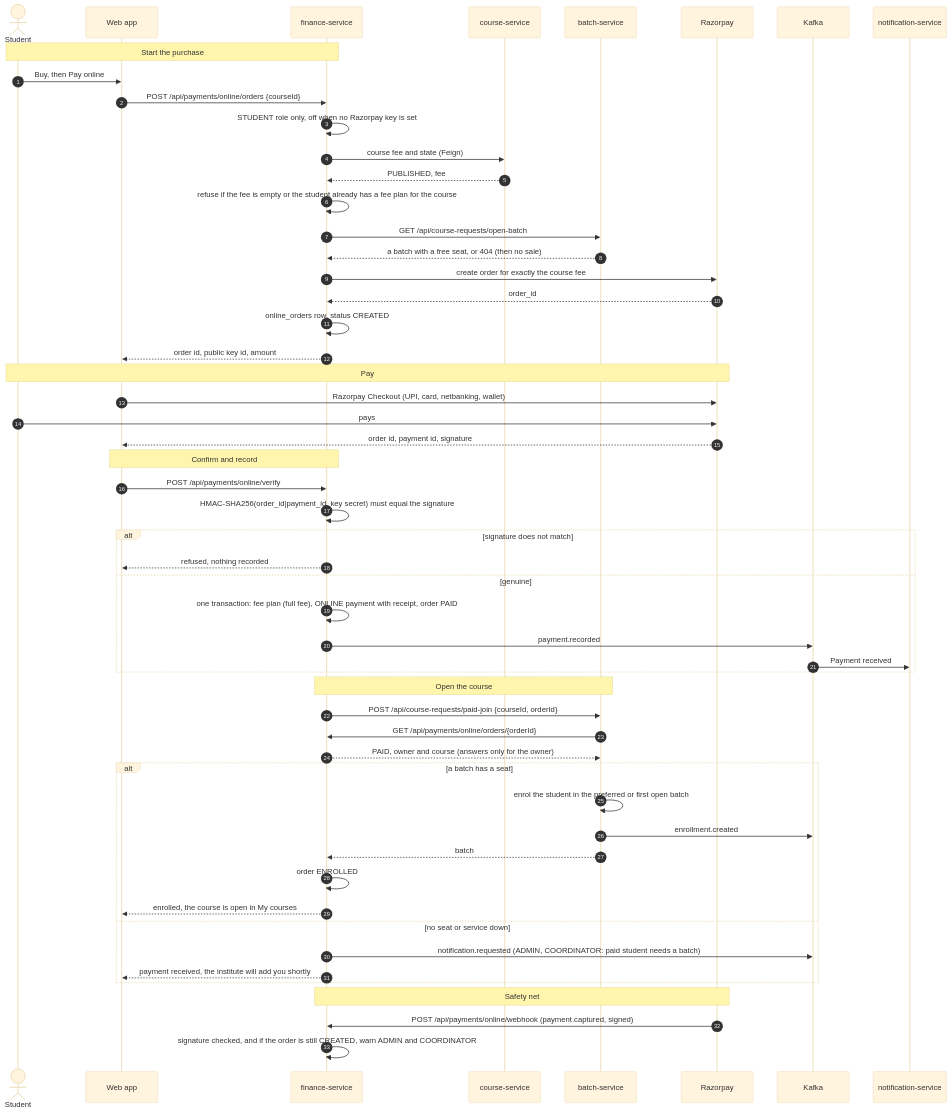
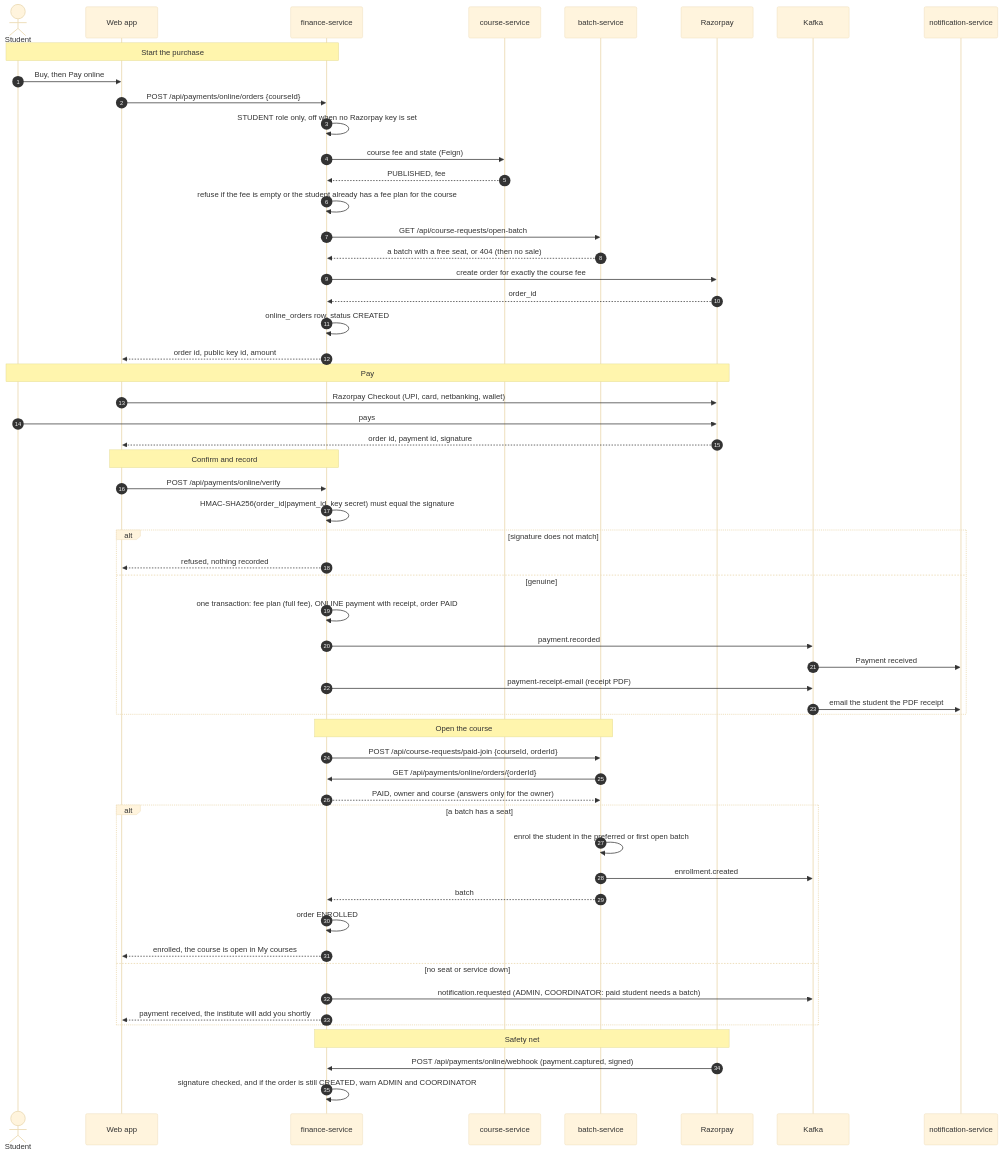
One commit to rohanrk2810/ITLMS changed the diagram in docs/diagrams/flows/43-online-course-payment.mmd. Above: the diagram before and after it, drawn with Mermaid (base theme). The commit also changed 35 other files, not shown here.

Commit message:
Fees: the receipt is a PDF with the institute logo watermark, full address and contact, emailed to the student after every payment and downloadable from the portal

```diff
--- a/docs/diagrams/flows/43-online-course-payment.mmd
+++ b/docs/diagrams/flows/43-online-course-payment.mmd
@@ -1,59 +1,61 @@
 sequenceDiagram
     autonumber
     actor S as Student
     participant FE as Web app
     participant FN as finance-service
     participant CR as course-service
     participant BA as batch-service
     participant RZ as Razorpay
     participant K as Kafka
     participant NO as notification-service
 
     Note over S,FN: Start the purchase
     S->>FE: Buy, then Pay online
     FE->>FN: POST /api/payments/online/orders {courseId}
     FN->>FN: STUDENT role only, off when no Razorpay key is set
     FN->>CR: course fee and state (Feign)
     CR-->>FN: PUBLISHED, fee
     FN->>FN: refuse if the fee is empty or the student already has a fee plan for the course
     FN->>BA: GET /api/course-requests/open-batch
     BA-->>FN: a batch with a free seat, or 404 (then no sale)
     FN->>RZ: create order for exactly the course fee
     RZ-->>FN: order_id
     FN->>FN: online_orders row, status CREATED
     FN-->>FE: order id, public key id, amount
 
     Note over S,RZ: Pay
     FE->>RZ: Razorpay Checkout (UPI, card, netbanking, wallet)
     S->>RZ: pays
     RZ-->>FE: order id, payment id, signature
 
     Note over FE,FN: Confirm and record
     FE->>FN: POST /api/payments/online/verify
     FN->>FN: HMAC-SHA256(order_id|payment_id, key secret) must equal the signature
     alt signature does not match
         FN-->>FE: refused, nothing recorded
     else genuine
         FN->>FN: one transaction: fee plan (full fee), ONLINE payment with receipt, order PAID
         FN->>K: payment.recorded
         K->>NO: Payment received
+        FN->>K: payment-receipt-email (receipt PDF)
+        K->>NO: email the student the PDF receipt
     end
 
     Note over FN,BA: Open the course
     FN->>BA: POST /api/course-requests/paid-join {courseId, orderId}
     BA->>FN: GET /api/payments/online/orders/{orderId}
     FN-->>BA: PAID, owner and course (answers only for the owner)
     alt a batch has a seat
         BA->>BA: enrol the student in the preferred or first open batch
         BA->>K: enrollment.created
         BA-->>FN: batch
         FN->>FN: order ENROLLED
         FN-->>FE: enrolled, the course is open in My courses
     else no seat or service down
         FN->>K: notification.requested (ADMIN, COORDINATOR: paid student needs a batch)
         FN-->>FE: payment received, the institute will add you shortly
     end
 
     Note over RZ,FN: Safety net
     RZ->>FN: POST /api/payments/online/webhook (payment.captured, signed)
     FN->>FN: signature checked, and if the order is still CREATED, warn ADMIN and COORDINATOR
```
